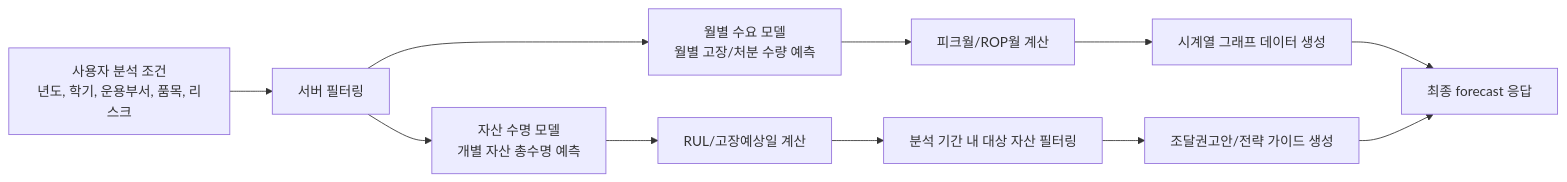
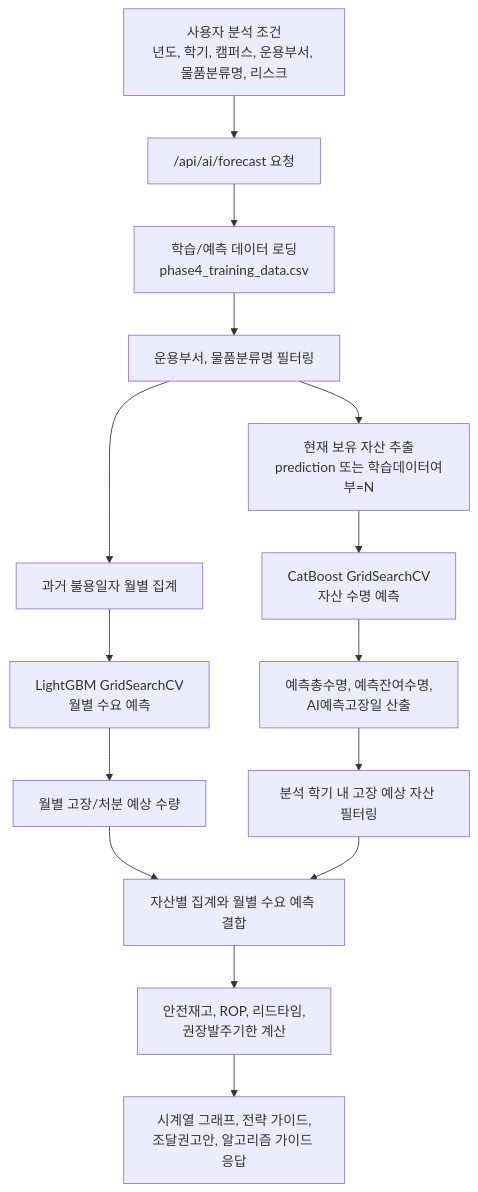
The diagram in ai_model/docs/procurement_recommendation_flow.md (U-sto/U-sto_AI), drawn with Mermaid before and after one commit. The commit also changed other lines of this file and 1 other file, not shown here.

````diff
--- a/ai_model/docs/procurement_recommendation_flow.md
+++ b/ai_model/docs/procurement_recommendation_flow.md
@@ -22,13 +22,17 @@
 ```mermaid
-flowchart LR
-    A["사용자 분석 조건<br/>년도, 학기, 운용부서, 품목, 리스크"] --> B["서버 필터링"]
-    B --> C["자산 수명 모델<br/>개별 자산 총수명 예측"]
-    C --> D["RUL/고장예상일 계산"]
-    B --> E["월별 수요 모델<br/>월별 고장/처분 수량 예측"]
-    E --> F["피크월/ROP월 계산"]
-    D --> G["분석 기간 내 대상 자산 필터링"]
-    F --> H["시계열 그래프 데이터 생성"]
-    G --> I["조달권고안/전략 가이드 생성"]
-    H --> J["최종 forecast 응답"]
-    I --> J
+flowchart TD
+    A["사용자 분석 조건<br/>년도, 학기, 캠퍼스, 운용부서, 물품분류명, 리스크"] --> B["/api/ai/forecast 요청"]
+    B --> C["학습/예측 데이터 로딩<br/>phase4_training_data.csv"]
+    C --> D["운용부서, 물품분류명 필터링"]
+    D --> E["현재 보유 자산 추출<br/>prediction 또는 학습데이터여부=N"]
+    E --> F["CatBoost GridSearchCV<br/>자산 수명 예측"]
+    F --> G["예측총수명, 예측잔여수명,<br/>AI예측고장일 산출"]
+    D --> H["과거 불용일자 월별 집계"]
+    H --> I["LightGBM GridSearchCV<br/>월별 수요 예측"]
+    I --> J["월별 고장/처분 예상 수량"]
+    G --> K["분석 학기 내 고장 예상 자산 필터링"]
+    J --> L["자산별 집계와 월별 수요 예측 결합"]
+    K --> L
+    L --> M["안전재고, ROP, 리드타임,<br/>권장발주기한 계산"]
+    M --> N["시계열 그래프, 전략 가이드,<br/>조달권고안, 알고리즘 가이드 응답"]
 ```
````
